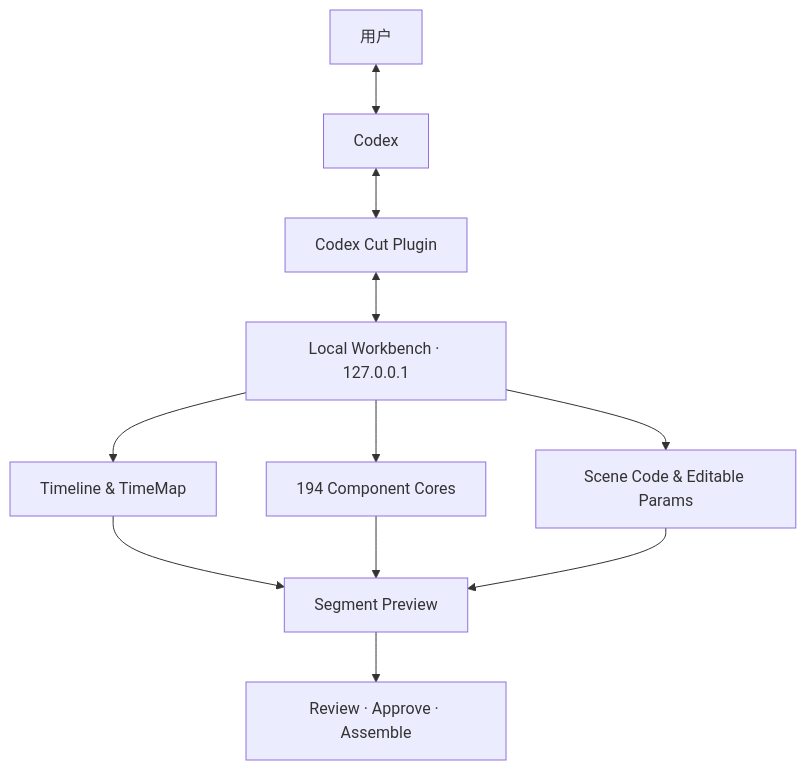
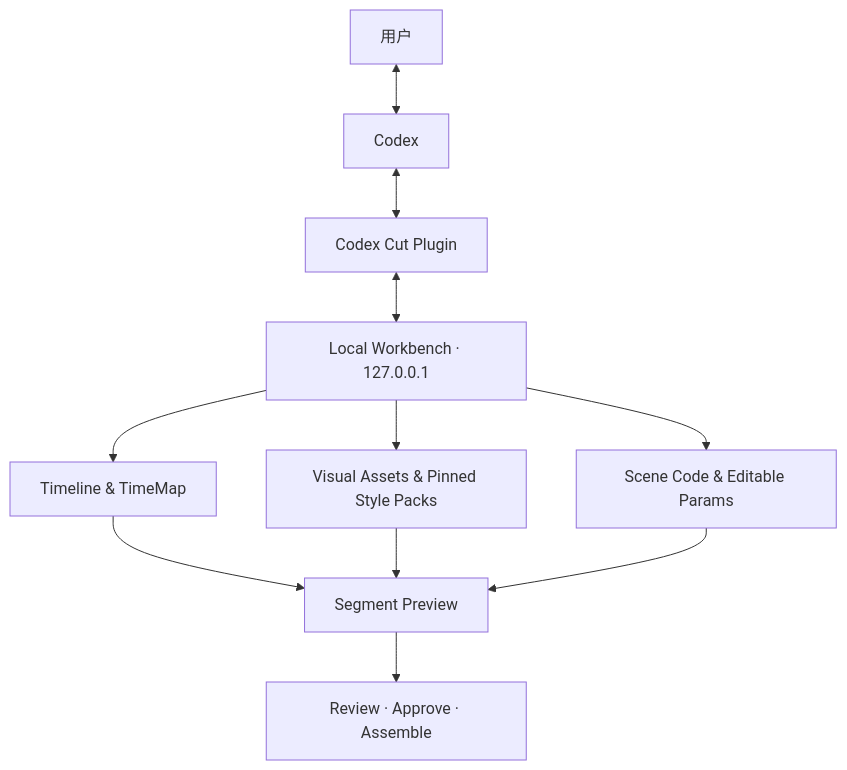
One commit to zhangyuyao-zx/codex-cut changed the second of 2 diagrams in README.md. Above: the diagram before and after it, drawn with Mermaid. The commit also changed other lines of this file and 124 other files, not shown here.

Commit message:
feat: add reference-derived visual assets and style packs

````diff
--- a/README.md
+++ b/README.md
@@ -114,13 +116,13 @@
 ```mermaid
 flowchart TB
     U[用户] <--> C[Codex]
     C <--> P[Codex Cut Plugin]
     P <--> W[Local Workbench · 127.0.0.1]
     W --> T[Timeline & TimeMap]
-    W --> R[194 Component Cores]
+    W --> R[Visual Assets & Pinned Style Packs]
     W --> S[Scene Code & Editable Params]
     T --> V[Segment Preview]
     R --> V
     S --> V
     V --> A[Review · Approve · Assemble]
 ```
````
